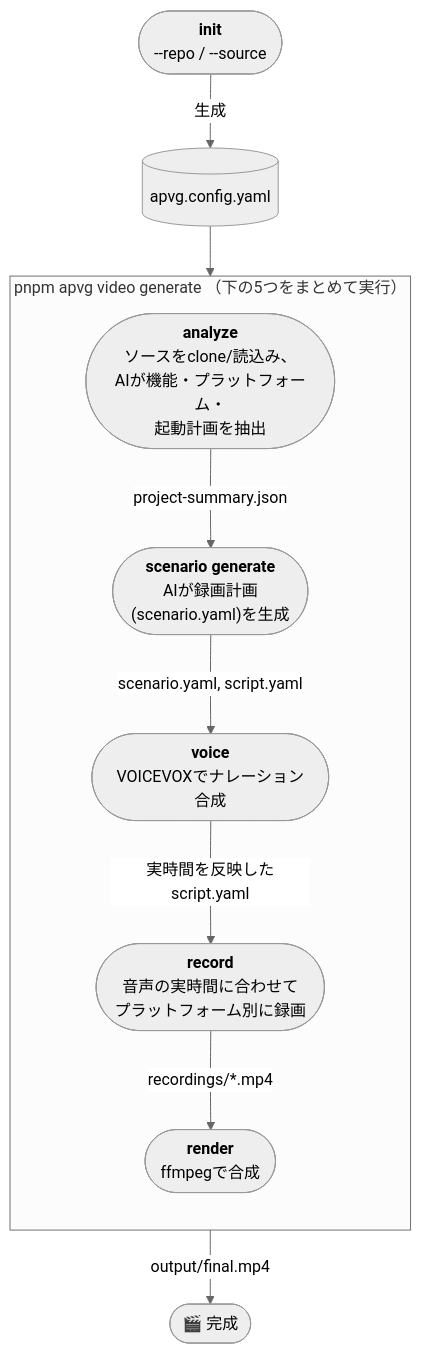
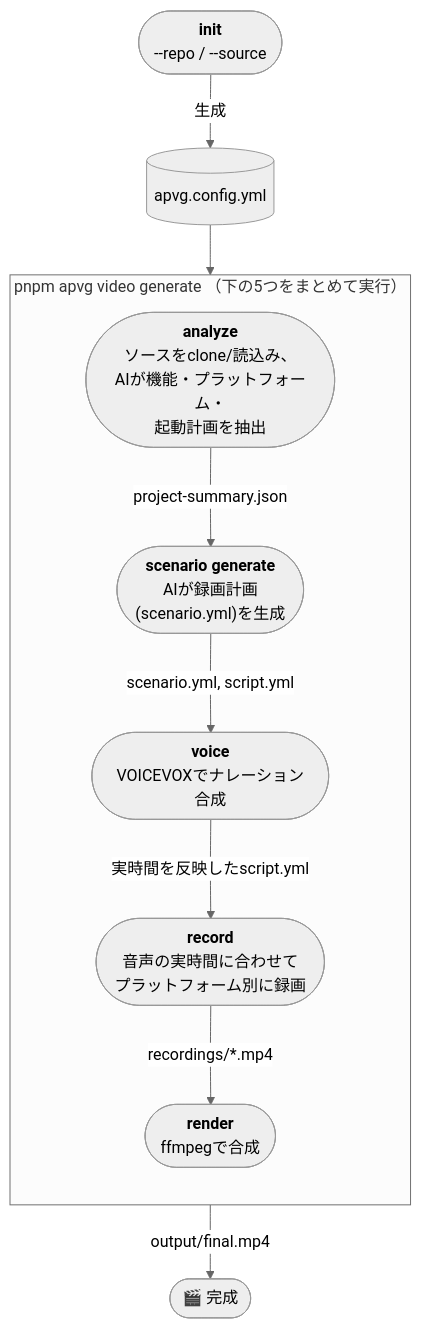
The diagram in README-ja.md (TakuKobayashi/auto-product-video-generator), drawn with Mermaid (neutral theme) before and after one commit. The commit also changed other lines of this file and 33 other files, not shown here.

````diff
--- a/README-ja.md
+++ b/README-ja.md
@@ -124,20 +122,20 @@
 ```mermaid
 flowchart TD
-    init(["<b>init</b><br/>--repo / --source"]) -->|生成| cfg[(apvg.config.yaml)]
+    init(["<b>init</b><br/>--repo / --source"]) -->|生成| cfg[(apvg.config.yml)]
 
     subgraph build["pnpm apvg video generate （下の5つをまとめて実行）"]
         direction TB
         analyze(["<b>analyze</b><br/>ソースをclone/読込み、<br/>AIが機能・プラットフォーム・<br/>起動計画を抽出"])
-        scenario(["<b>scenario generate</b><br/>AIが録画計画<br/>(scenario.yaml)を生成"])
+        scenario(["<b>scenario generate</b><br/>AIが録画計画<br/>(scenario.yml)を生成"])
         voice(["<b>voice</b><br/>VOICEVOXでナレーション合成"])
         record(["<b>record</b><br/>音声の実時間に合わせて<br/>プラットフォーム別に録画"])
         render(["<b>render</b><br/>ffmpegで合成"])
         analyze -->|project-summary.json| scenario
-        scenario -->|scenario.yaml, script.yaml| voice
-        voice -->|実時間を反映したscript.yaml| record
+        scenario -->|scenario.yml, script.yml| voice
+        voice -->|実時間を反映したscript.yml| record
         record -->|recordings/*.mp4| render
     end
 
     cfg --> analyze
     render -->|output/final.mp4| done(["🎬 完成"])
 ```
````
